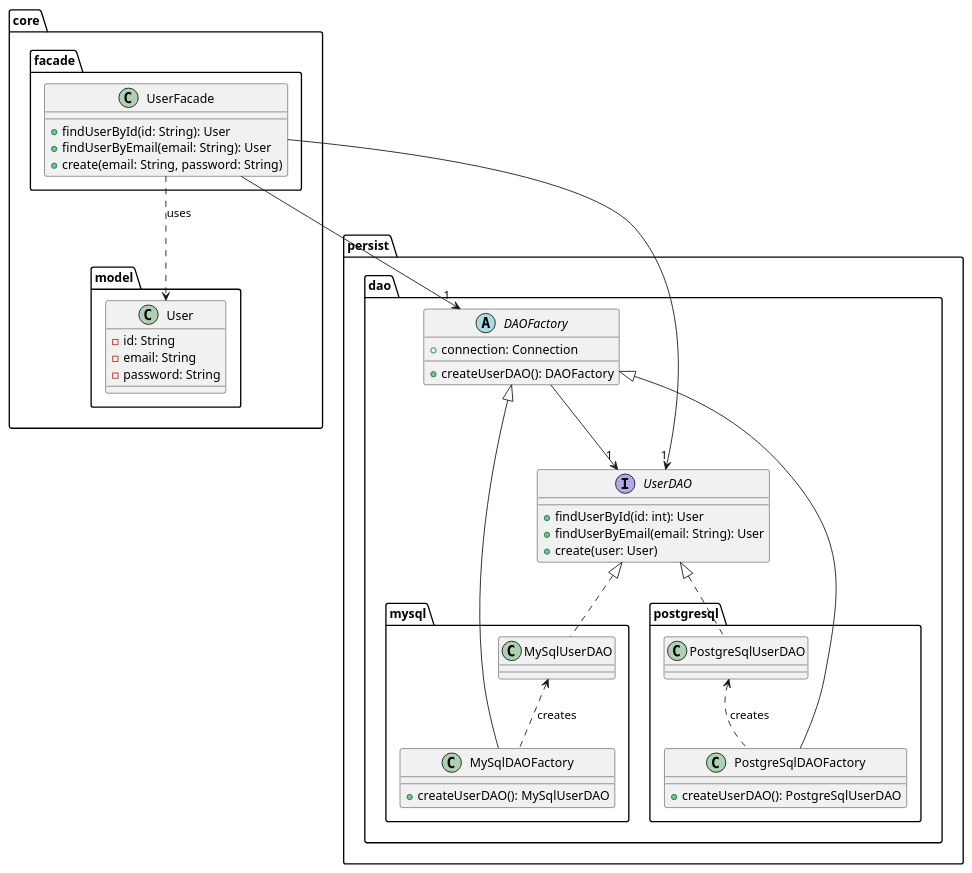
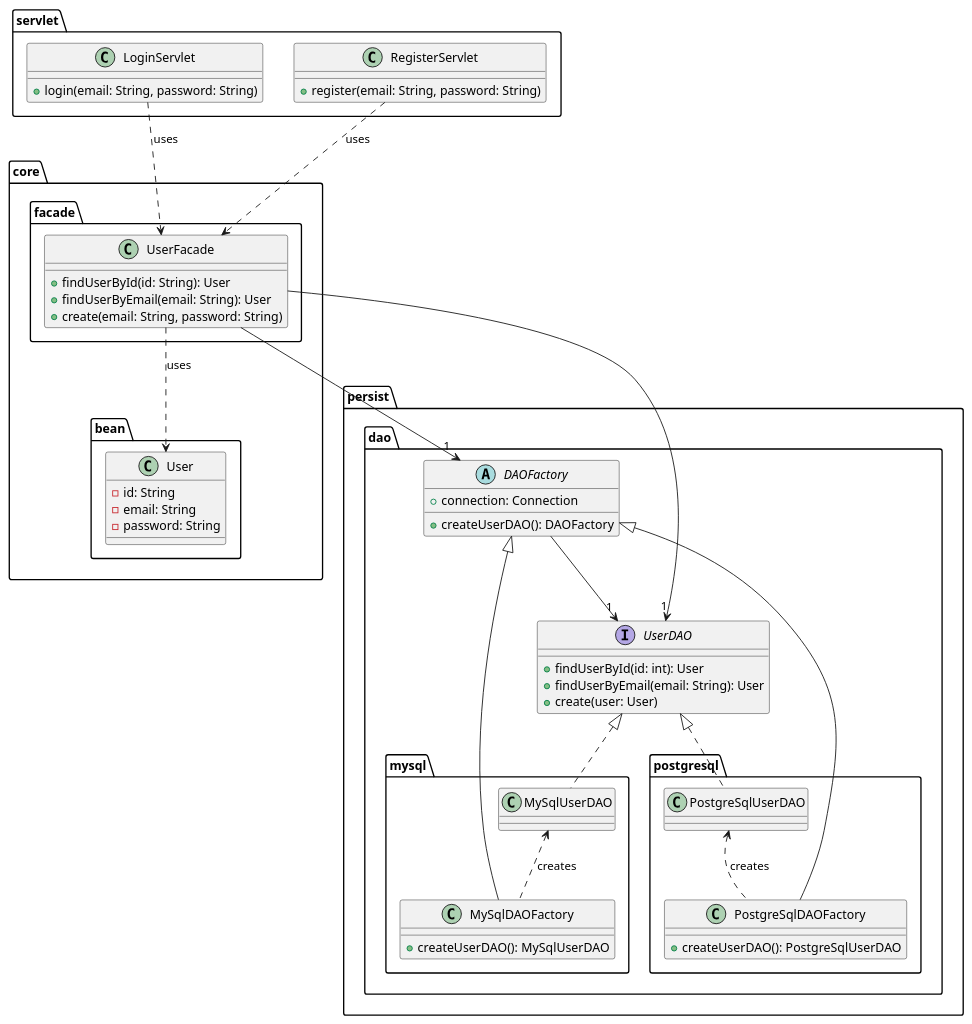
One commit to Julien-Wiegandt/ToDo_JEE changed the diagram in documentation/software_design/login/login_class_diagram.puml. Above: the diagram before and after it, drawn with PlantUML. The commit also changed 12 other files, not shown here.

```diff
--- a/documentation/software_design/login/login_class_diagram.puml
+++ b/documentation/software_design/login/login_class_diagram.puml
@@ -1,65 +1,77 @@
 @startuml
 
 package persist{
     package dao{
         abstract class DAOFactory{
             + connection: Connection
             + createUserDAO(): DAOFactory
         }
         interface UserDAO{
             + findUserById(id: int): User
             + findUserByEmail(email: String): User
             + create(user: User)
         }
         package mysql{
             class MySqlDAOFactory{
                 + createUserDAO(): MySqlUserDAO
             }
             class MySqlUserDAO{
 
             }
         }
         package postgresql{
             class PostgreSqlDAOFactory{
                 + createUserDAO(): PostgreSqlUserDAO
             }
             class PostgreSqlUserDAO{
 
             }
         }
     }
 }
 
 package core{
     package facade{
         class UserFacade{
             + findUserById(id: String): User
             + findUserByEmail(email: String): User
             + create(email: String, password: String)
         }
     }
-    package model{
+    package bean{
         class User{
             - id: String
             - email: String
             - password: String
         }
+    }
+}
+
+package servlet{
+    class LoginServlet{
+        + login(email: String, password: String)
+    }
+    class RegisterServlet{
+        + register(email: String, password: String)
     }
 }
 
 DAOFactory <|-- MySqlDAOFactory
 DAOFactory <|-- PostgreSqlDAOFactory
 
 DAOFactory --> "1" UserDAO
 UserDAO <|.. MySqlUserDAO
 
 MySqlUserDAO <.. MySqlDAOFactory: creates
 UserDAO <|.. PostgreSqlUserDAO
 
 PostgreSqlUserDAO <.. PostgreSqlDAOFactory: creates
 
 UserFacade ..> User: uses
 UserFacade --> "1" DAOFactory
 UserFacade --> "1" UserDAO
 
+LoginServlet ..> UserFacade: uses
+RegisterServlet ..> UserFacade: uses
+
 @enduml
```
